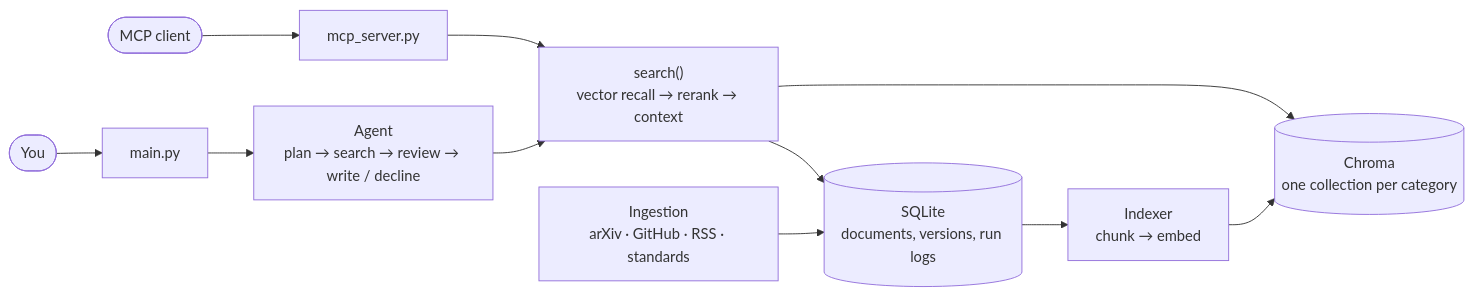
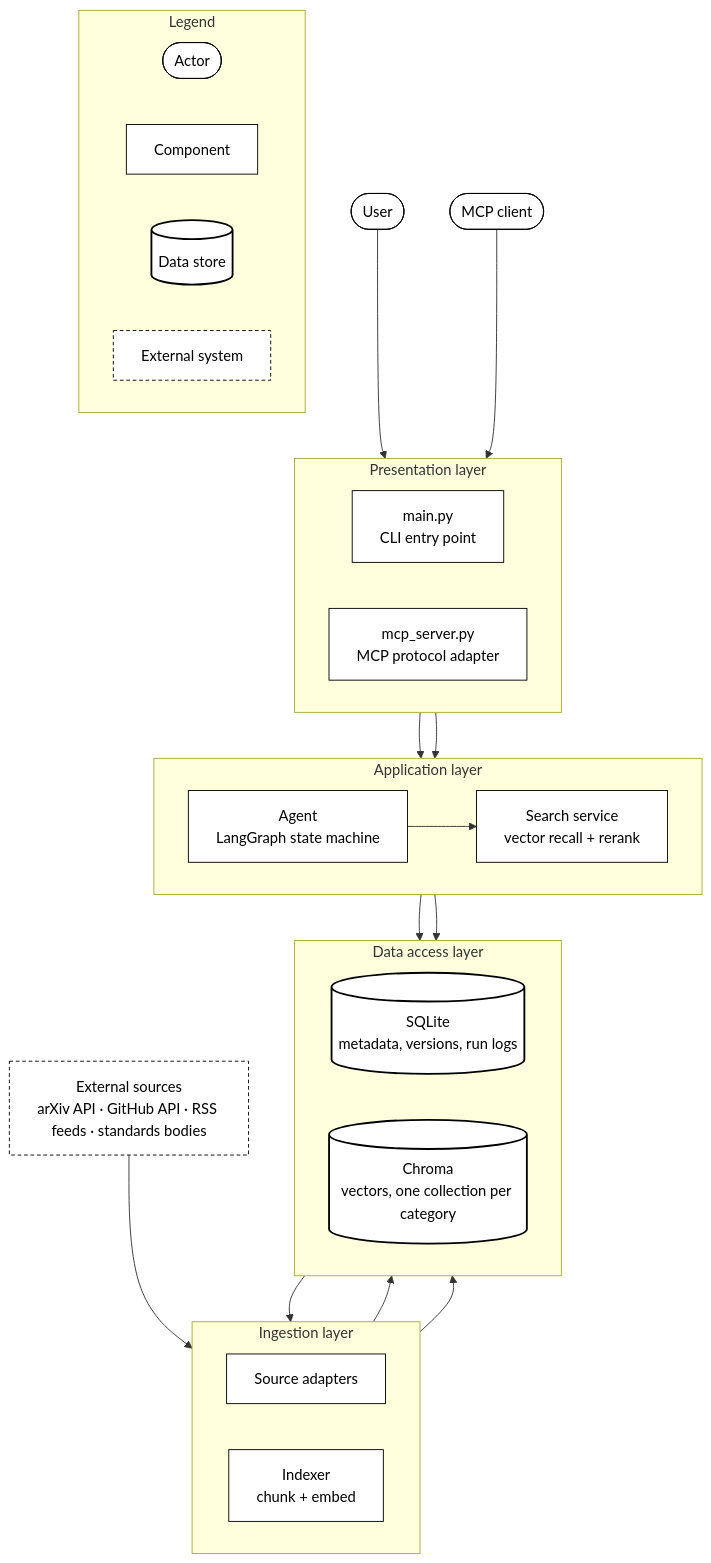
One commit to AlishbaTariq-atk/engineering-research-agent changed the first of 2 diagrams in README.md. Above: the diagram before and after it, drawn with Mermaid. The commit also changed other lines of this file, not shown here.

Commit message:
Redo README diagrams using standard notation
Replace the ad-hoc flowcharts with a proper layered architecture
diagram (presentation/application/ingestion/data-access layers, with a
legend distinguishing actors, components, data stores, and external
systems) and a UML state diagram for the agent, since graph.py is
literally a finite state machine rather than a linear flow.

````diff
--- a/README.md
+++ b/README.md
@@ -18,15 +24,56 @@
 ```mermaid
-flowchart LR
-    You(["You"]) --> CLI["main.py"]
-    Client(["MCP client"]) --> MCPServer["mcp_server.py"]
+flowchart TB
+    classDef actor fill:#ffffff,stroke:#000000,stroke-width:1px,color:#000000
+    classDef process fill:#ffffff,stroke:#000000,stroke-width:1px,color:#000000
+    classDef store fill:#ffffff,stroke:#000000,stroke-width:2px,color:#000000
+    classDef external fill:#ffffff,stroke:#000000,stroke-width:1px,stroke-dasharray:4 3,color:#000000
 
-    CLI --> Agent["Agent\nplan → search → review → write / decline"]
-    MCPServer --> Search["search()\nvector recall → rerank → context"]
-    Agent --> Search
+    User(["User"]):::actor
+    MCPClient(["MCP client"]):::actor
+    Sources["External sources\narXiv API · GitHub API · RSS feeds · standards bodies"]:::external
 
-    Search --> SQLite[("SQLite\ndocuments, versions, run logs")]
-    Search --> Chroma[("Chroma\none collection per category")]
+    subgraph Presentation["Presentation layer"]
+        direction LR
+        CLI["main.py\nCLI entry point"]:::process
+        MCPServer["mcp_server.py\nMCP protocol adapter"]:::process
+    end
 
-    Ingestion["Ingestion\narXiv · GitHub · RSS · standards"] --> SQLite
-    SQLite --> Indexer["Indexer\nchunk → embed"] --> Chroma
+    subgraph Application["Application layer"]
+        direction LR
+        Agent["Agent\nLangGraph state machine"]:::process
+        SearchSvc["Search service\nvector recall + rerank"]:::process
+    end
+
+    subgraph Ingestion["Ingestion layer"]
+        direction LR
+        Adapters["Source adapters"]:::process
+        Indexer["Indexer\nchunk + embed"]:::process
+    end
+
+    subgraph DataAccess["Data access layer"]
+        direction LR
+        SQLite[("SQLite\nmetadata, versions, run logs")]:::store
+        Chroma[("Chroma\nvectors, one collection per category")]:::store
+    end
+
+    User --> CLI
+    MCPClient --> MCPServer
+    CLI --> Agent
+    MCPServer --> SearchSvc
+    Agent --> SearchSvc
+    SearchSvc --> SQLite
+    SearchSvc --> Chroma
+
+    Sources --> Adapters
+    Adapters --> SQLite
+    SQLite --> Indexer
+    Indexer --> Chroma
+
+    subgraph Legend["Legend"]
+        direction LR
+        Lg1(["Actor"]):::actor
+        Lg2["Component"]:::process
+        Lg3[("Data store")]:::store
+        Lg4["External system"]:::external
+    end
 ```
````
